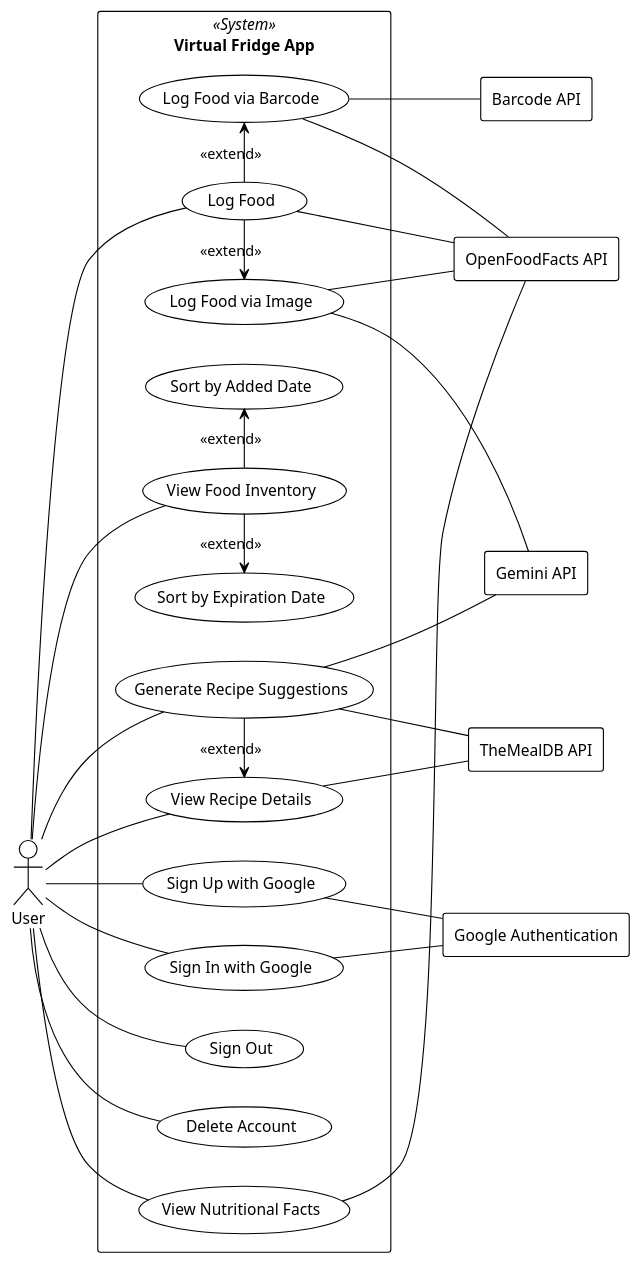
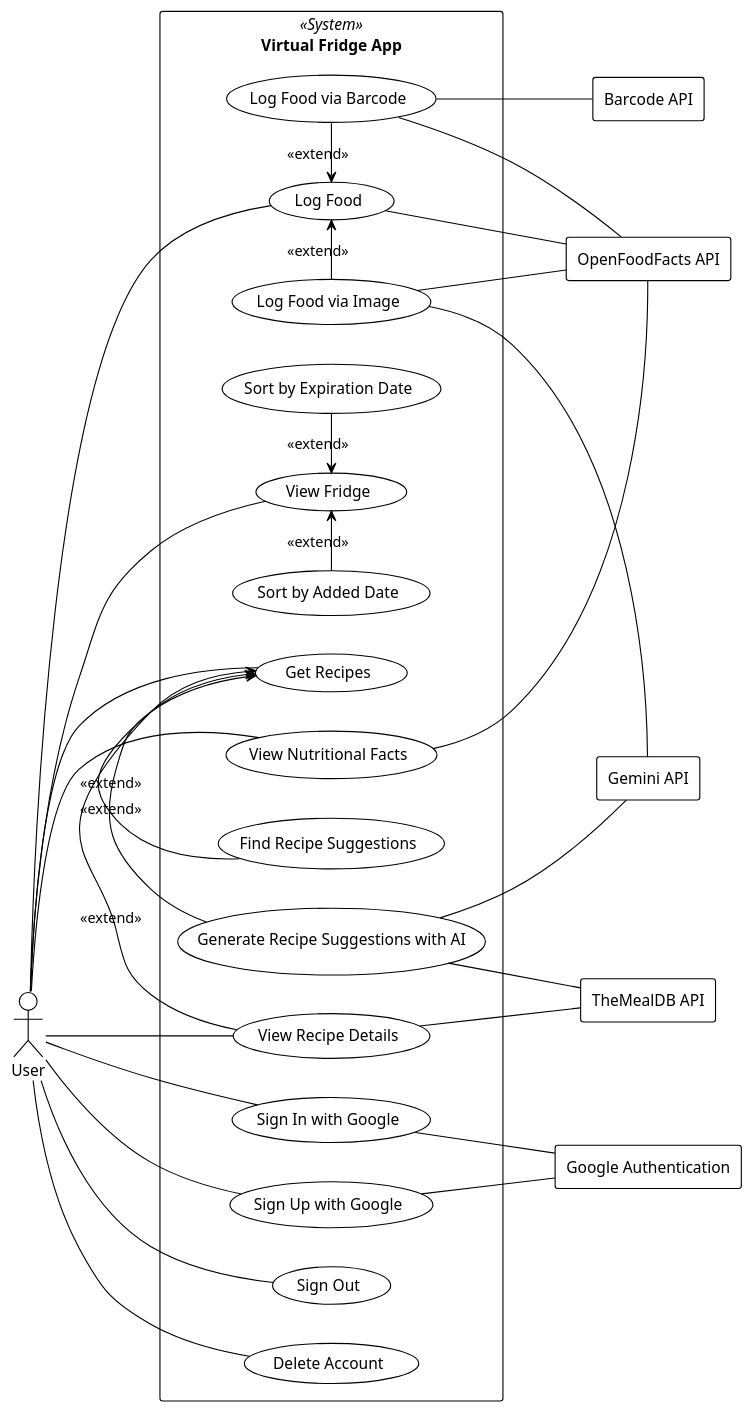
One commit to virtualfridge/virtualfridge changed the diagram in documentation/diagrams/usecase.plantuml. Above: the diagram before and after it, drawn with PlantUML.

Commit message:
Fix usecase diagram

```diff
--- a/documentation/diagrams/usecase.plantuml
+++ b/documentation/diagrams/usecase.plantuml
@@ -1,71 +1,75 @@
 @startuml
 !theme plain
 left to right direction
 
 actor User
 
 rectangle "Virtual Fridge App" << System >> {
   ' ==== Authentication ====
   usecase signUp as "Sign Up with Google"
   usecase signIn as "Sign In with Google"
   usecase signOut as "Sign Out"
   usecase deleteAccount as "Delete Account"
 
   ' ==== Logging Food ====
   usecase logFood as "Log Food"
+  usecase logImage as "Log Food via Image"
   usecase logBarcode as "Log Food via Barcode"
-  usecase logImage as "Log Food via Image"
 '   usecase logList as "Log Food via Pre-Made List"
 
   ' ==== Viewing Food ====
-  usecase viewInventory as "View Food Inventory"
+  usecase viewInventory as "View Fridge"
   usecase sortExp as "Sort by Expiration Date"
   usecase sortAdded as "Sort by Added Date"
 
   ' ==== Recipes & Nutrition ====
-  usecase genRecipes as "Generate Recipe Suggestions"
+  usecase genRecipes as "Generate Recipe Suggestions with AI"
+  usecase findRecipes as "Find Recipe Suggestions"
+  usecase getRecipes as "Get Recipes"
   usecase viewRecipe as "View Recipe Details"
   usecase viewNutrition as "View Nutritional Facts"
 
   ' ==== Relationships (moved to right side) ====
-  logFood -right-> logBarcode : <<extend>>
-  logFood -left-> logImage : <<extend>>
+  logBarcode -left-> logFood : <<extend>>
+  logImage -left-> logFood : <<extend>>
 
-  viewInventory -left-> sortExp : <<extend>>
-  viewInventory -right-> sortAdded : <<extend>>
-  genRecipes -right-> viewRecipe : <<extend>>
+  sortExp -left-> viewInventory : <<extend>>
+  sortAdded -right-> viewInventory : <<extend>>
+  viewRecipe -right-> getRecipes : <<extend>>
+  genRecipes -left-> getRecipes : <<extend>>
+  findRecipes -right-> getRecipes : <<extend>>
 }
 
 ' ==== External APIs (RHS) ====
 rectangle googleAuth as "Google Authentication"
 rectangle barcodeApi as "Barcode API"
 rectangle recipeApi as "TheMealDB API"
 rectangle nutritionApi as "OpenFoodFacts API"
 rectangle GeminiApi as "Gemini API"
 
 
 ' ==== User connections ====
 User -- signUp
 User -- signIn
 User -- signOut
 User -- deleteAccount
 User -- logFood
 User -- viewInventory
-User -- genRecipes
+User -- getRecipes
 User -- viewRecipe
 User -- viewNutrition
 
 ' ==== API connections ====
 signUp -- googleAuth
 signIn -- googleAuth
 logBarcode -- barcodeApi
 logBarcode -- nutritionApi
 logFood -- nutritionApi
 logImage -- nutritionApi
 genRecipes -- recipeApi
 genRecipes -- GeminiApi
 viewRecipe -- recipeApi
 viewNutrition -- nutritionApi
 logImage -- GeminiApi
 
 @enduml
```
